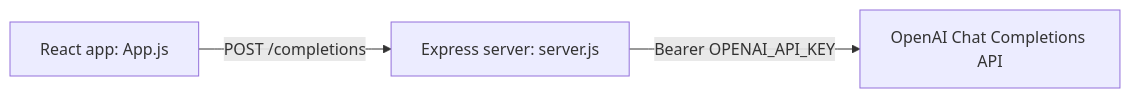
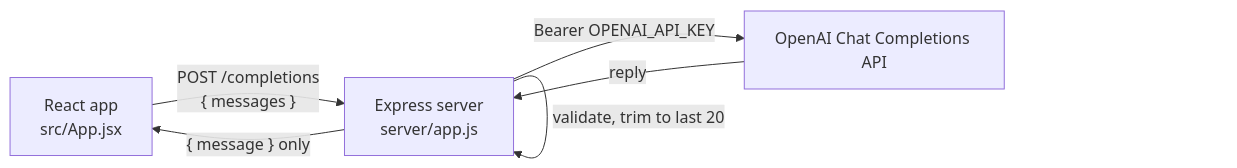
The diagram in README.md (bgildea/react-chatgpt-clone), drawn with Mermaid before and after one commit. The commit also changed other lines of this file and 20 other files, not shown here.

````diff
--- a/README.md
+++ b/README.md
@@ -13,5 +21,7 @@
 ```mermaid
 flowchart LR
-    A[React app: App.js] -- POST /completions --> B[Express server: server.js]
+    A[React app<br/>src/App.jsx] -- "POST /completions<br/>{ messages }" --> B[Express server<br/>server/app.js]
+    B -- "validate, trim to last 20" --> B
     B -- Bearer OPENAI_API_KEY --> C[OpenAI Chat Completions API]
+    C -- reply --> B -- "{ message } only" --> A
 ```
````
